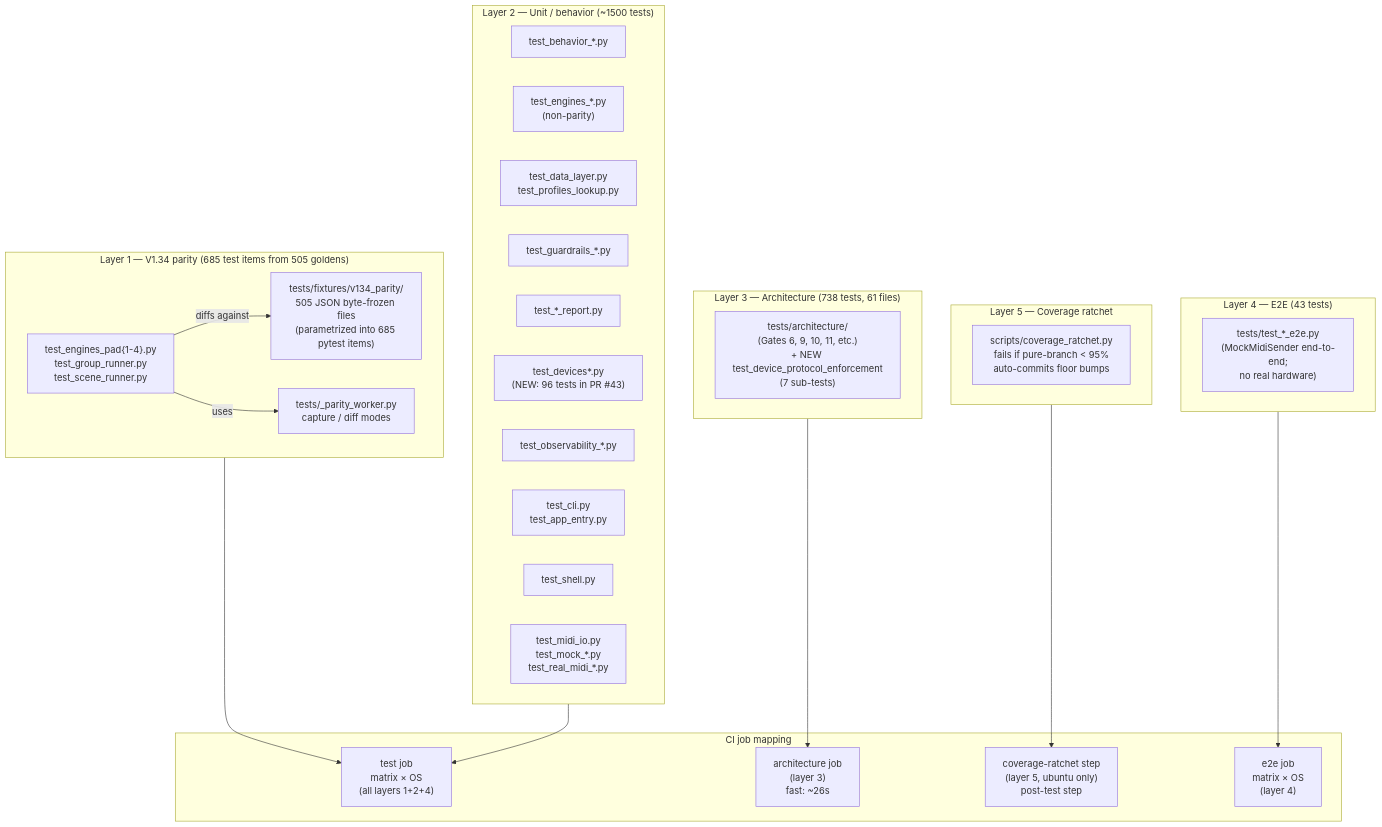
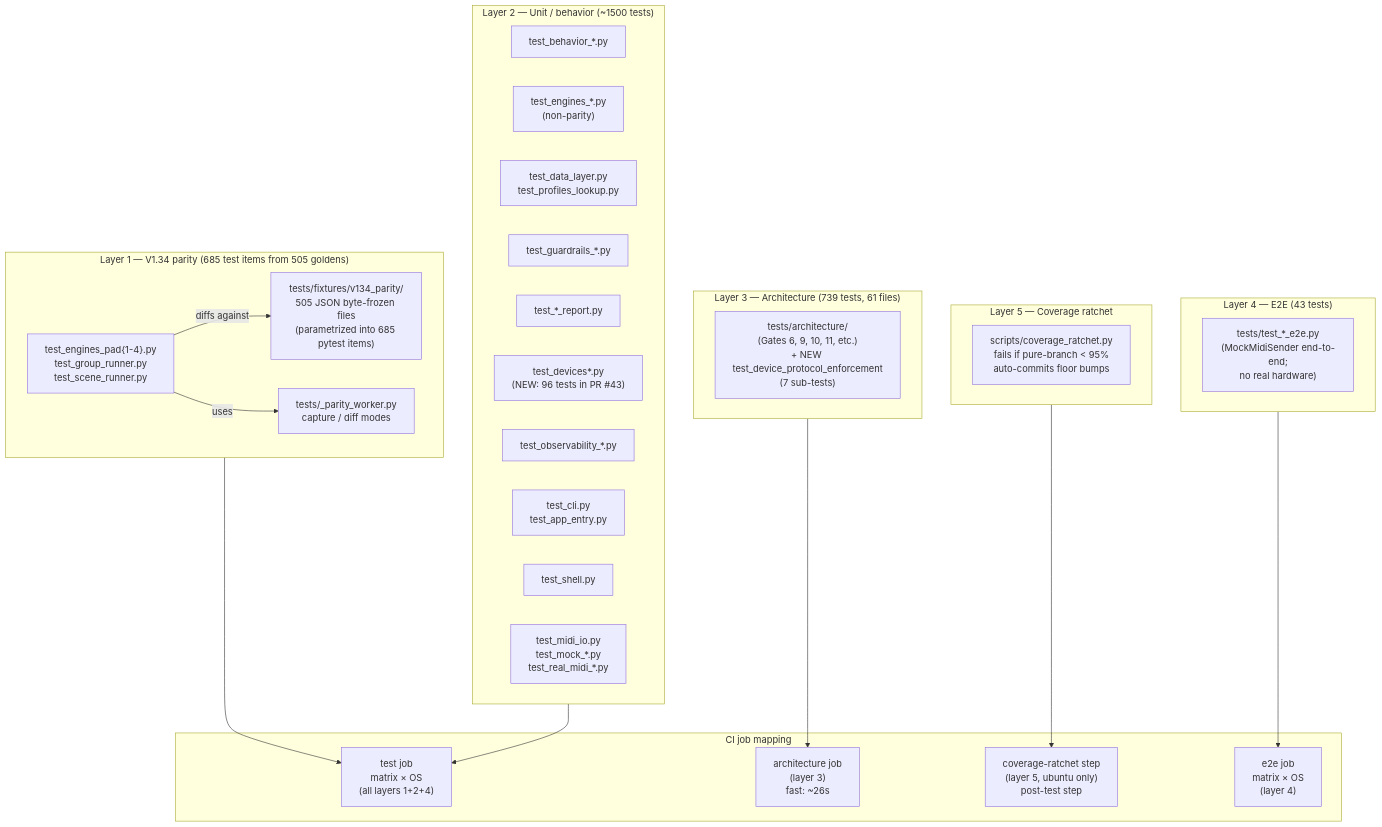
One commit to buzzijose-hub/RytmRandomizer changed diagram 13 of 34 in docs/ARCHITECTURE_DIAGRAMS.md. Above: the diagram before and after it, drawn with Mermaid. The commit also changed other lines of this file and 16 other files, not shown here.

````diff
--- a/docs/ARCHITECTURE_DIAGRAMS.md
+++ b/docs/ARCHITECTURE_DIAGRAMS.md
@@ -981,49 +981,49 @@
 ```mermaid
 flowchart TB
     subgraph Layer1["Layer 1 — V1.34 parity (685 test items from 505 goldens)"]
         Goldens["tests/fixtures/v134_parity/<br/>505 JSON byte-frozen files<br/>(parametrized into 685 pytest items)"]
         ParityTests["test_engines_pad{1-4}.py<br/>test_group_runner.py<br/>test_scene_runner.py"]
         ParityWorker["tests/_parity_worker.py<br/>capture / diff modes"]
     end
 
     subgraph Layer2["Layer 2 — Unit / behavior (~1500 tests)"]
         BehaviorTests["test_behavior_*.py"]
         EngineUnits["test_engines_*.py<br/>(non-parity)"]
         DataTests["test_data_layer.py<br/>test_profiles_lookup.py"]
         GuardrailsTests["test_guardrails_*.py"]
         ReportsTests["test_*_report.py"]
         DeviceTests["test_devices*.py<br/>(NEW: 96 tests in PR #43)"]
         ObservabilityTests["test_observability_*.py"]
         CliTests["test_cli.py<br/>test_app_entry.py"]
         ShellTests["test_shell.py"]
         MidiTests["test_midi_io.py<br/>test_mock_*.py<br/>test_real_midi_*.py"]
     end
 
-    subgraph Layer3["Layer 3 — Architecture (738 tests, 61 files)"]
+    subgraph Layer3["Layer 3 — Architecture (739 tests, 61 files)"]
         ArchTests["tests/architecture/<br/>(Gates 6, 9, 10, 11, etc.)<br/>+ NEW test_device_protocol_enforcement<br/>(7 sub-tests)"]
     end
 
     subgraph Layer4["Layer 4 — E2E (43 tests)"]
         E2ETests["tests/test_*_e2e.py<br/>(MockMidiSender end-to-end;<br/>no real hardware)"]
     end
 
     subgraph Layer5["Layer 5 — Coverage ratchet"]
         CovScript["scripts/coverage_ratchet.py<br/>fails if pure-branch < 95%<br/>auto-commits floor bumps"]
     end
 
     subgraph CIJobs["CI job mapping"]
         TestJob["test job<br/>matrix × OS<br/>(all layers 1+2+4)"]
         ArchJob["architecture job<br/>(layer 3)<br/>fast: ~26s"]
         CovJob["coverage-ratchet step<br/>(layer 5, ubuntu only)<br/>post-test step"]
         E2EJob["e2e job<br/>matrix × OS<br/>(layer 4)"]
     end
 
     Layer1 --> TestJob
     Layer2 --> TestJob
     Layer3 --> ArchJob
     Layer4 --> E2EJob
     Layer5 --> CovJob
 
     ParityTests -->|"diffs against"| Goldens
     ParityTests -->|"uses"| ParityWorker
 ```
````
